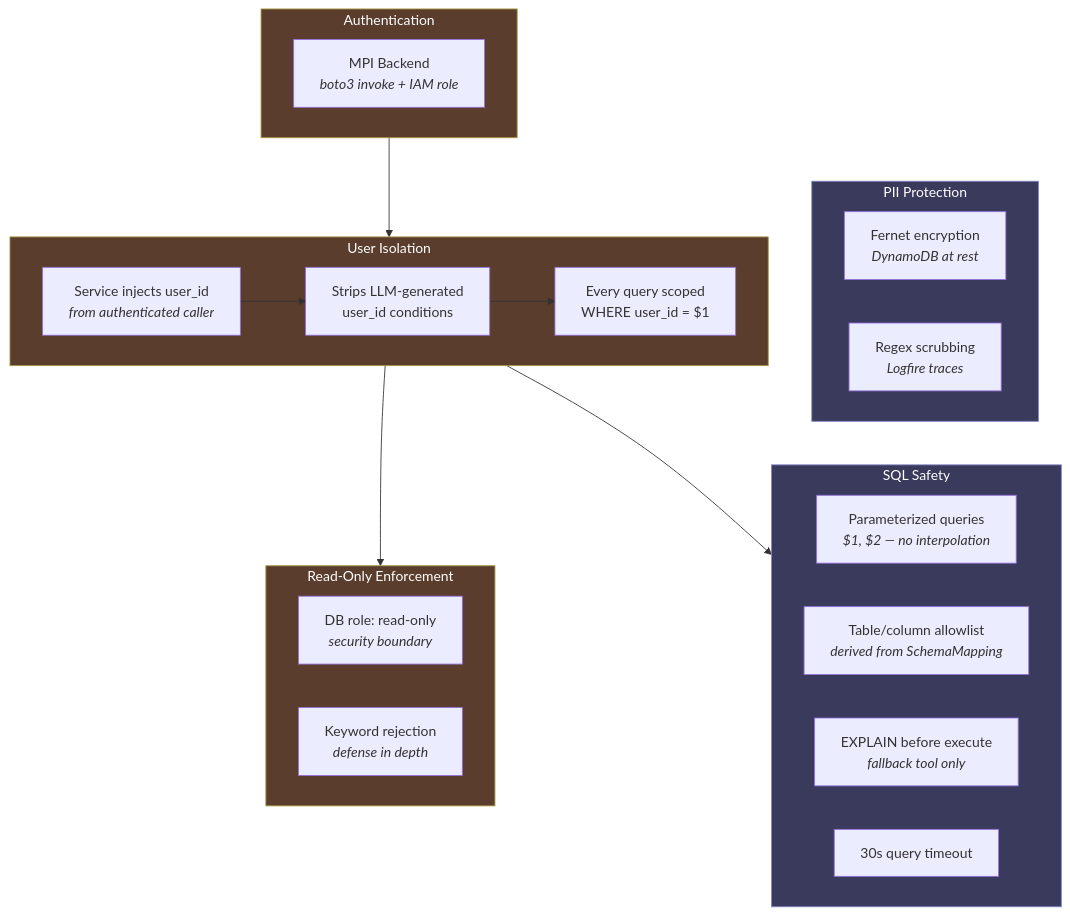
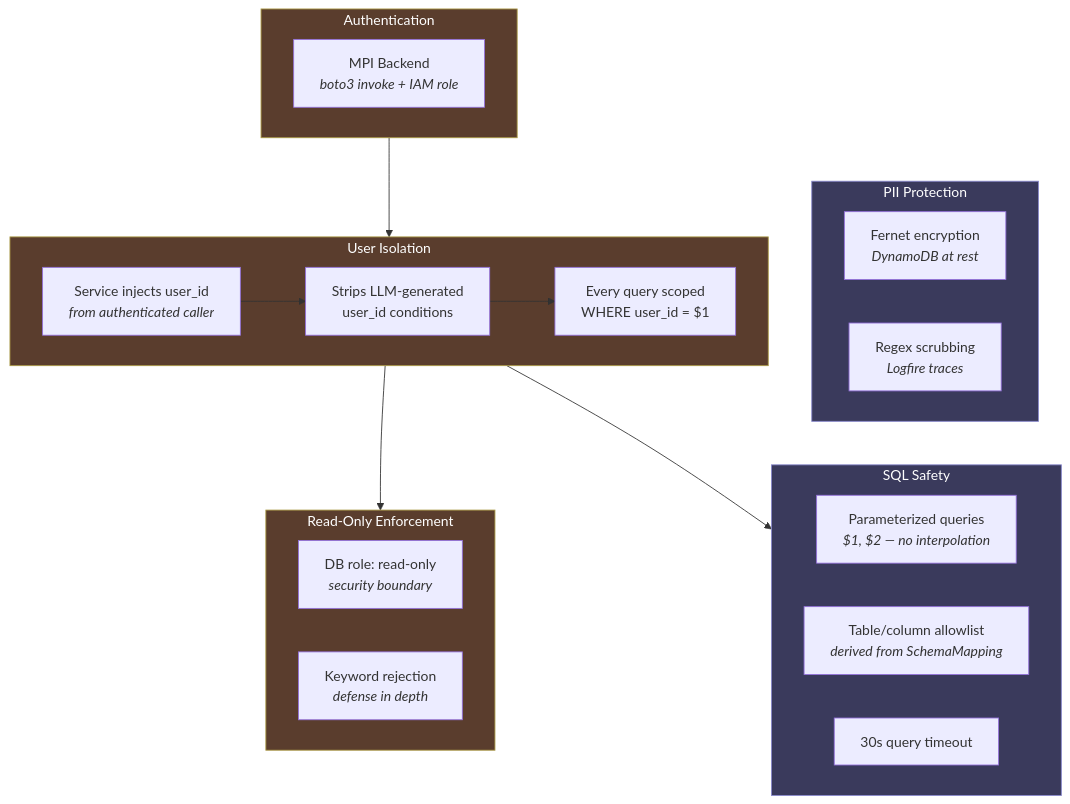
Before and after one commit to maxibove13/finance-query-agent: the seventh of 8 diagrams in README.md, drawn with Mermaid. The commit also changed other lines of this file and 15 other files, not shown here.

First line of the commit message:
fix: remove fallback SQL tool, add view mappings to localstack schema, update docs

````diff
--- a/README.md
+++ b/README.md
@@ -229,41 +212,40 @@
 ```mermaid
 graph TB
     subgraph AUTH["Authentication"]
         IAM["MPI Backend<br/><i>boto3 invoke + IAM role</i>"]
     end
 
     subgraph ISOLATION["User Isolation"]
         INJ["Service injects user_id<br/><i>from authenticated caller</i>"]
         STRIP["Strips LLM-generated<br/>user_id conditions"]
         SCOPE["Every query scoped<br/>WHERE user_id = $1"]
         INJ --> STRIP --> SCOPE
     end
 
     subgraph READONLY["Read-Only Enforcement"]
         ROLE["DB role: read-only<br/><i>security boundary</i>"]
         KW["Keyword rejection<br/><i>defense in depth</i>"]
     end
 
     subgraph PII["PII Protection"]
         FERNET["Fernet encryption<br/><i>DynamoDB at rest</i>"]
         REGEX["Regex scrubbing<br/><i>Logfire traces</i>"]
     end
 
     subgraph SQLS["SQL Safety"]
         PARAM["Parameterized queries<br/><i>$1, $2 — no interpolation</i>"]
         ALLOW["Table/column allowlist<br/><i>derived from SchemaMapping</i>"]
-        EXPLAIN["EXPLAIN before execute<br/><i>fallback tool only</i>"]
         TIMEOUT["30s query timeout"]
     end
 
     AUTH --> ISOLATION
     ISOLATION --> READONLY
     ISOLATION --> SQLS
     PII ~~~ SQLS
 
     style AUTH fill:#5a3d2d,stroke:#a94,color:#fff
     style ISOLATION fill:#5a3d2d,stroke:#a94,color:#fff
     style READONLY fill:#5a3d2d,stroke:#a94,color:#fff
     style PII fill:#3a3a5c,stroke:#88c,color:#fff
     style SQLS fill:#3a3a5c,stroke:#88c,color:#fff
 ```
````
